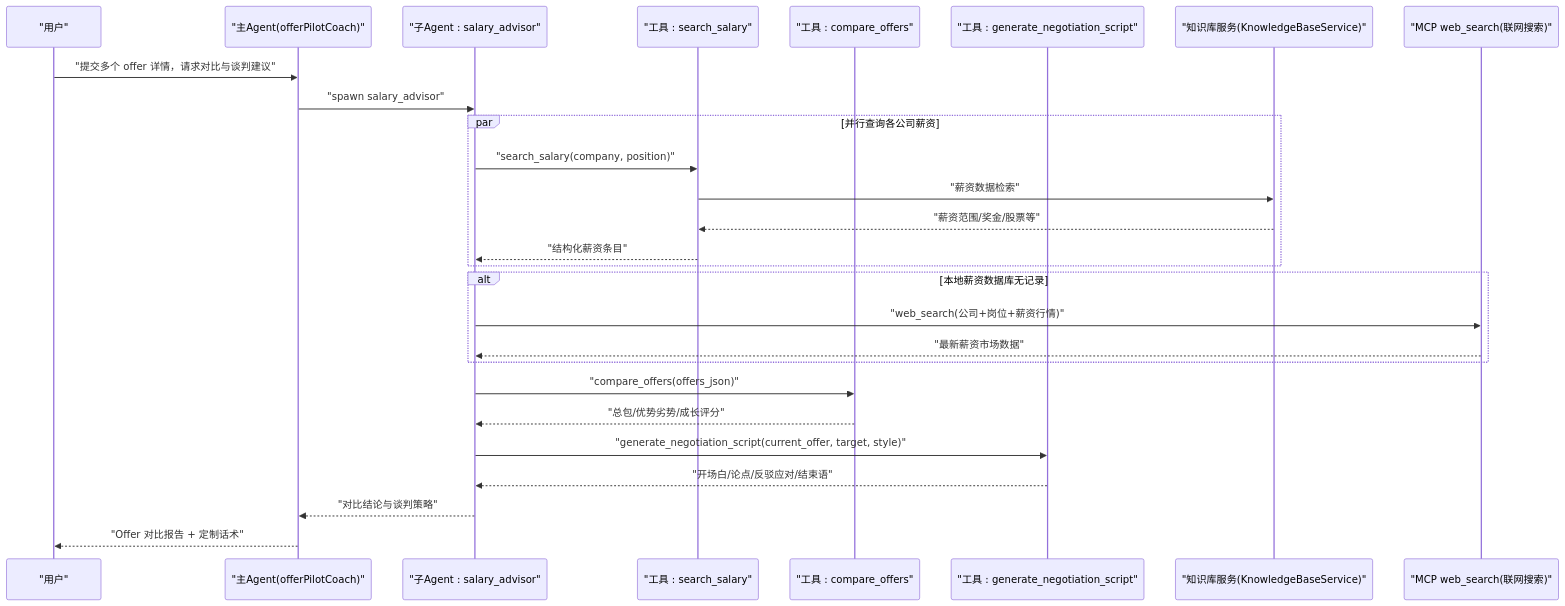
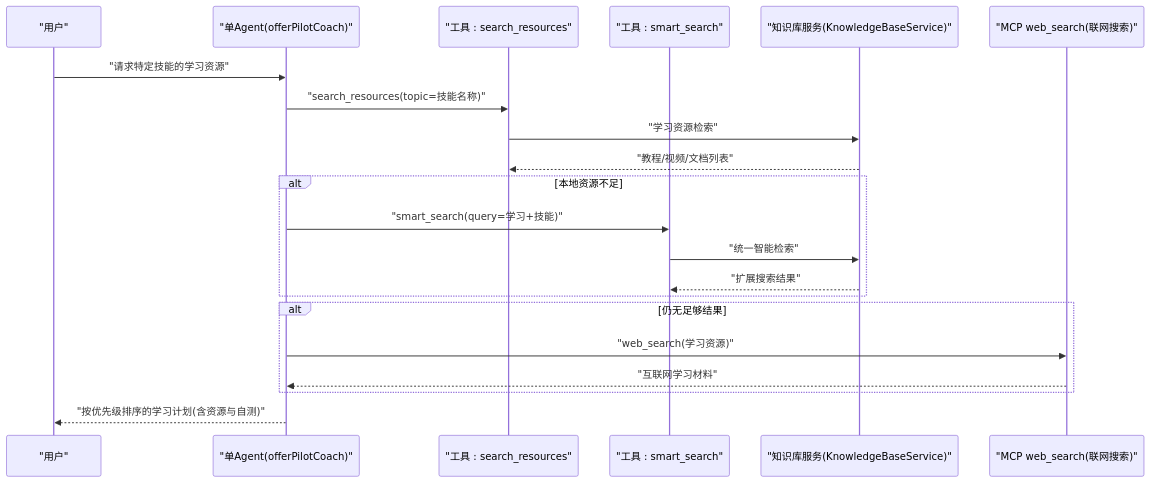
One commit to Miss-zhi/OfferPilot changed the fifth of 5 diagrams in .qoder/repowiki/zh/content/六大核心求职环节 Agent 交互时序.md. Above: the diagram before and after it, drawn with Mermaid. The commit also changed other lines of this file and 25 other files, not shown here.

````diff
--- a/.qoder/repowiki/zh/content/六大核心求职环节 Agent 交互时序.md
+++ b/.qoder/repowiki/zh/content/六大核心求职环节 Agent 交互时序.md
@@ -309,29 +180,23 @@
 ```mermaid
 sequenceDiagram
 participant U as "用户"
-participant C as "主Agent(offerPilotCoach)"
-participant SA as "子Agent : salary_advisor"
-participant SS as "工具 : search_salary"
-participant CO as "工具 : compare_offers"
-participant GN as "工具 : generate_negotiation_script"
+participant A as "单Agent(offerPilotCoach)"
+participant RS as "工具 : search_resources"
+participant SS as "工具 : smart_search"
 participant KB as "知识库服务(KnowledgeBaseService)"
 participant MCP as "MCP web_search(联网搜索)"
-U->>C : "提交多个 offer 详情，请求对比与谈判建议"
-C->>SA : "spawn salary_advisor"
-par 并行查询各公司薪资
-SA->>SS : "search_salary(company, position)"
-SS->>KB : "薪资数据检索"
-KB-->>SS : "薪资范围/奖金/股票等"
-SS-->>SA : "结构化薪资条目"
+U->>A : "请求特定技能的学习资源"
+A->>RS : "search_resources(topic=技能名称)"
+RS->>KB : "学习资源检索"
+KB-->>RS : "教程/视频/文档列表"
+alt 本地资源不足
+A->>SS : "smart_search(query=学习+技能)"
+SS->>KB : "统一智能检索"
+KB-->>SS : "扩展搜索结果"
 end
-alt 本地薪资数据库无记录
-SA->>MCP : "web_search(公司+岗位+薪资行情)"
-MCP-->>SA : "最新薪资市场数据"
+alt 仍无足够结果
+A->>MCP : "web_search(学习资源)"
+MCP-->>A : "互联网学习材料"
 end
-SA->>CO : "compare_offers(offers_json)"
-CO-->>SA : "总包/优势劣势/成长评分"
-SA->>GN : "generate_negotiation_script(current_offer, target, style)"
-GN-->>SA : "开场白/论点/反驳应对/结束语"
-SA-->>C : "对比结论与谈判策略"
-C-->>U : "Offer 对比报告 + 定制话术"
+A-->>U : "按优先级排序的学习计划(含资源与自测)"
 ```
````
